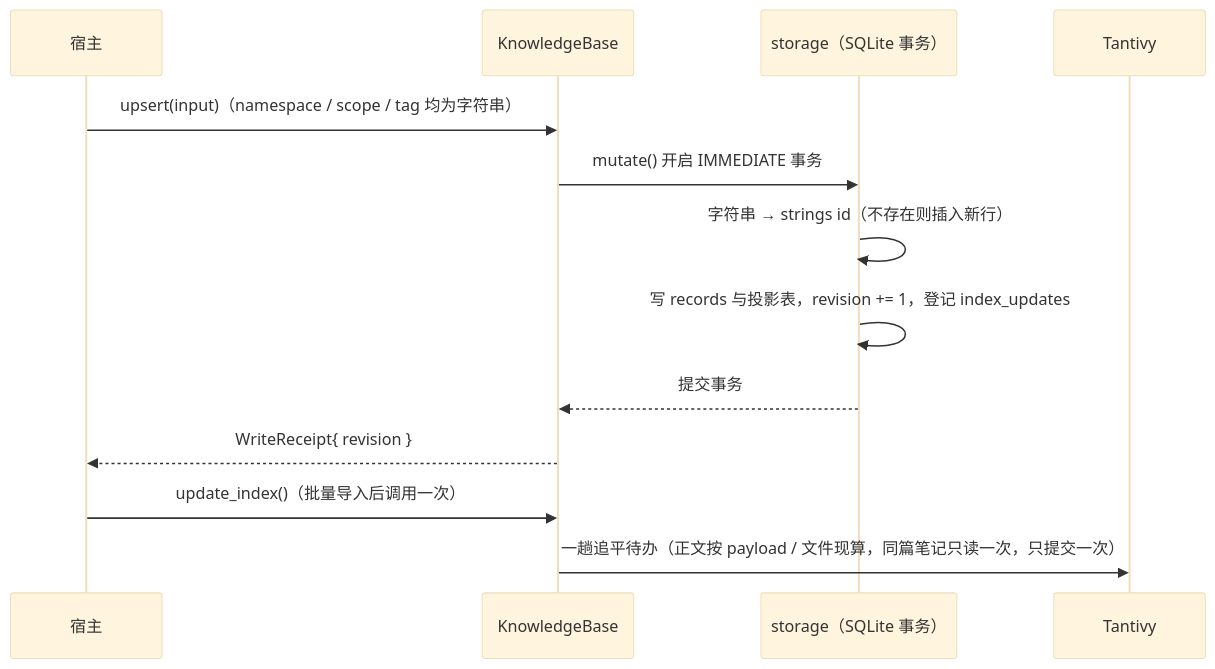
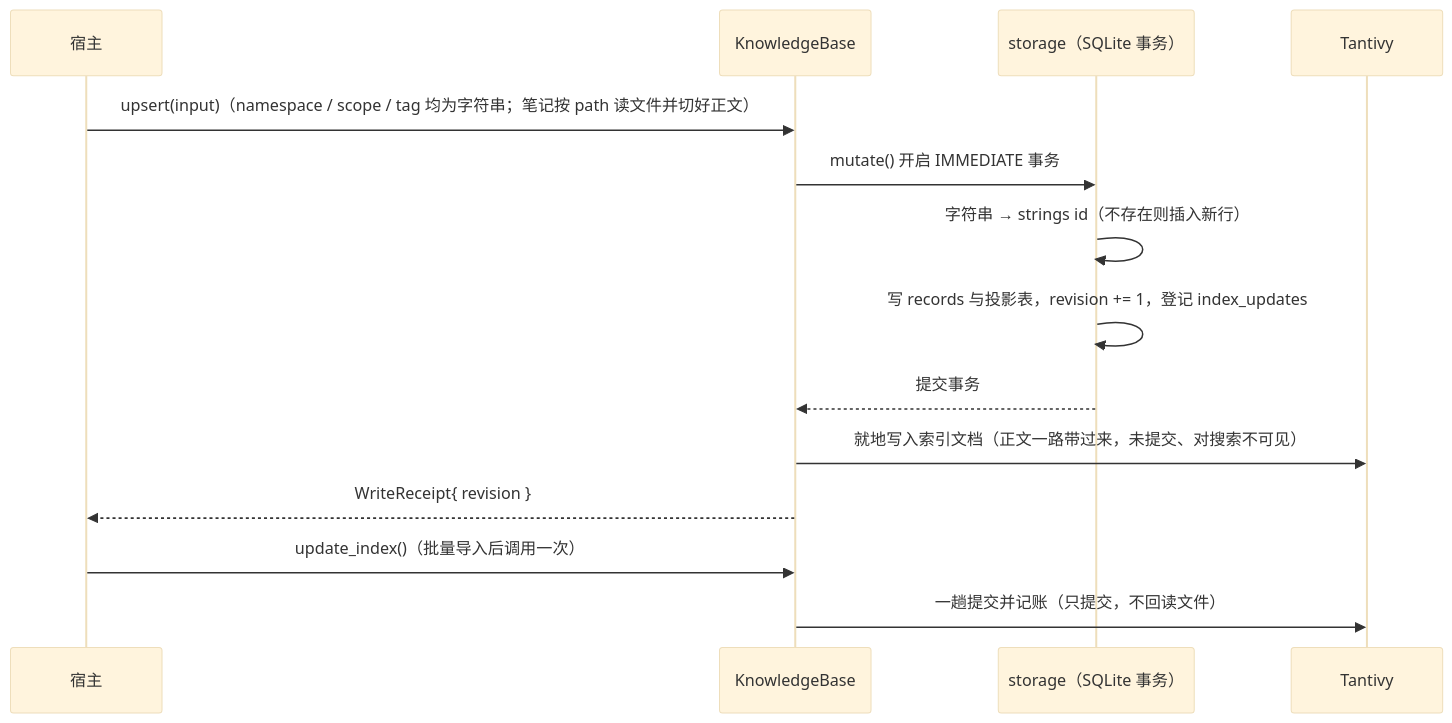
One commit to kawayiYokami/p-memory changed the fourth of 4 diagrams in docs/architecture.md. Above: the diagram before and after it, drawn with Mermaid (base theme). The commit also changed other lines of this file and 5 other files, not shown here.

````diff
--- a/docs/architecture.md
+++ b/docs/architecture.md
@@ -183,16 +183,17 @@
 ```mermaid
 sequenceDiagram
     participant H as 宿主
     participant K as KnowledgeBase
     participant S as storage（SQLite 事务）
     participant I as Tantivy
 
-    H->>K: upsert(input)（namespace / scope / tag 均为字符串）
+    H->>K: upsert(input)（namespace / scope / tag 均为字符串；笔记按 path 读文件并切好正文）
     K->>S: mutate() 开启 IMMEDIATE 事务
     S->>S: 字符串 → strings id（不存在则插入新行）
     S->>S: 写 records 与投影表，revision += 1，登记 index_updates
     S-->>K: 提交事务
+    K->>I: 就地写入索引文档（正文一路带过来，未提交、对搜索不可见）
     K-->>H: WriteReceipt{ revision }
     H->>K: update_index()（批量导入后调用一次）
-    K->>I: 一趟追平待办（正文按 payload / 文件现算，同篇笔记只读一次，只提交一次）
+    K->>I: 一趟提交并记账（只提交，不回读文件）
 ```
````
